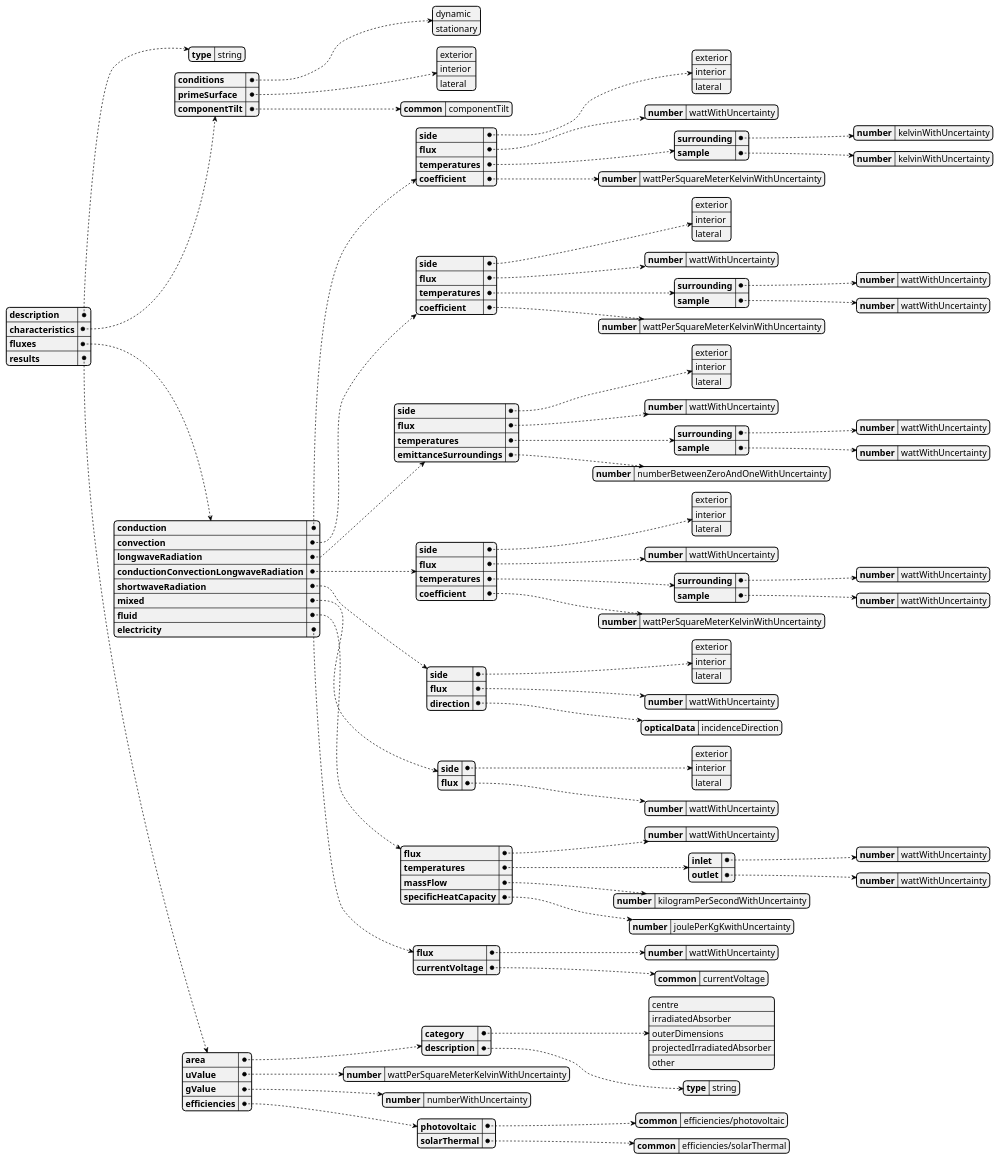
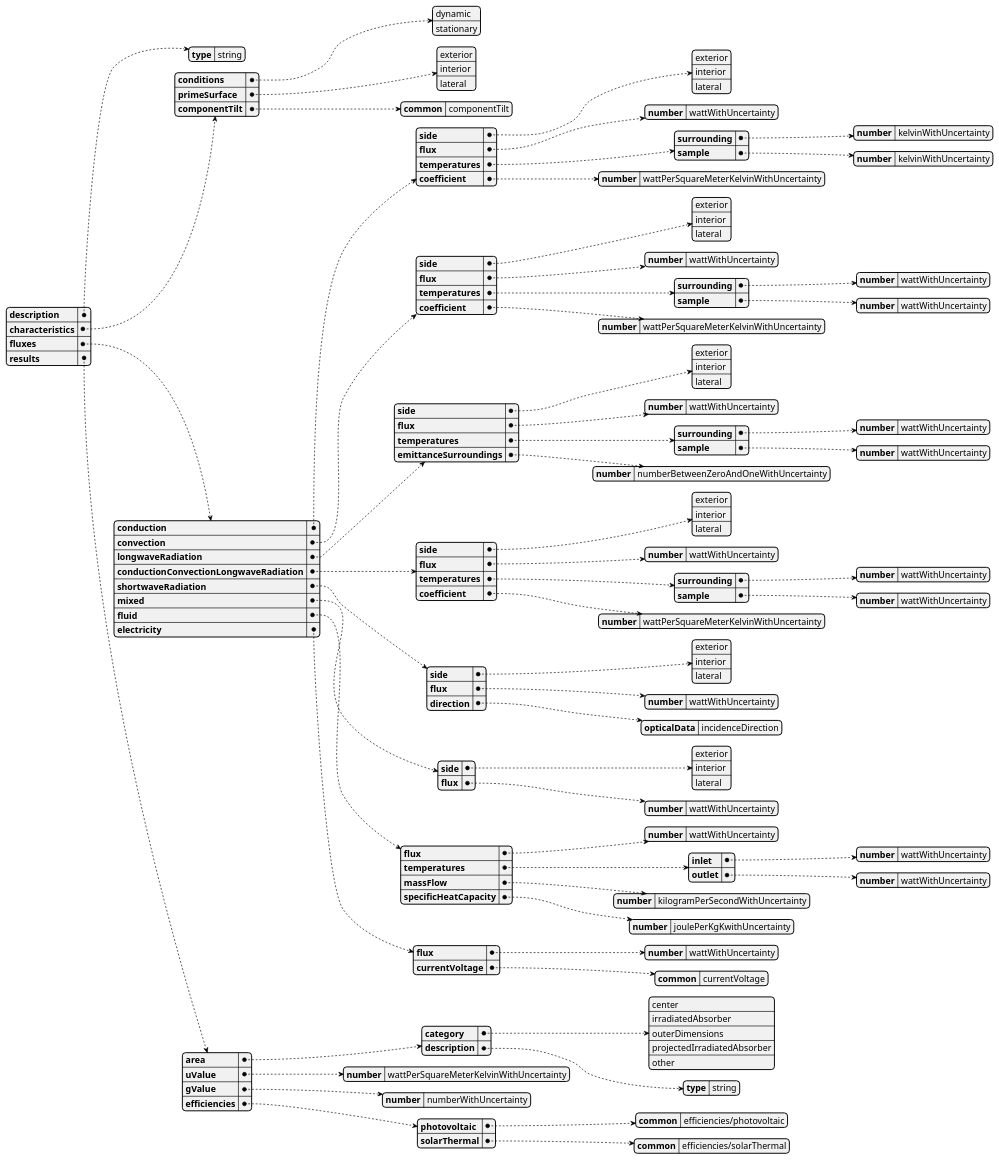
Before and after one commit to building-envelope-data/api: the diagram in docs/diagrams/src/calorimetricData/calorimetricDataSchema.plantuml, drawn with PlantUML. The commit also changed 18 other files, not shown here.

Commit message:
Replace `centre` by `center`

```diff
--- a/docs/diagrams/src/calorimetricData/calorimetricDataSchema.plantuml
+++ b/docs/diagrams/src/calorimetricData/calorimetricDataSchema.plantuml
@@ -170,7 +170,7 @@
   {
     "area": {
       "category":  [
-      "centre",
+      "center",
       "irradiatedAbsorber",
       "outerDimensions",
       "projectedIrradiatedAbsorber",
```
